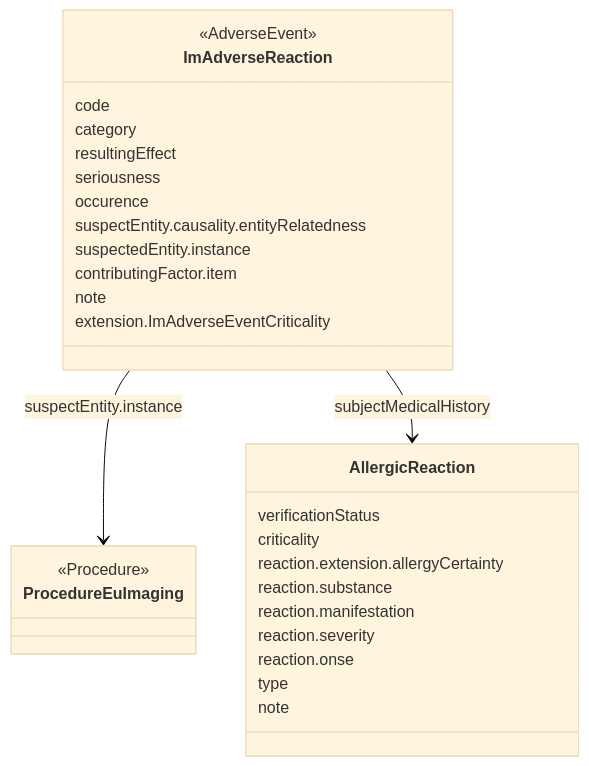
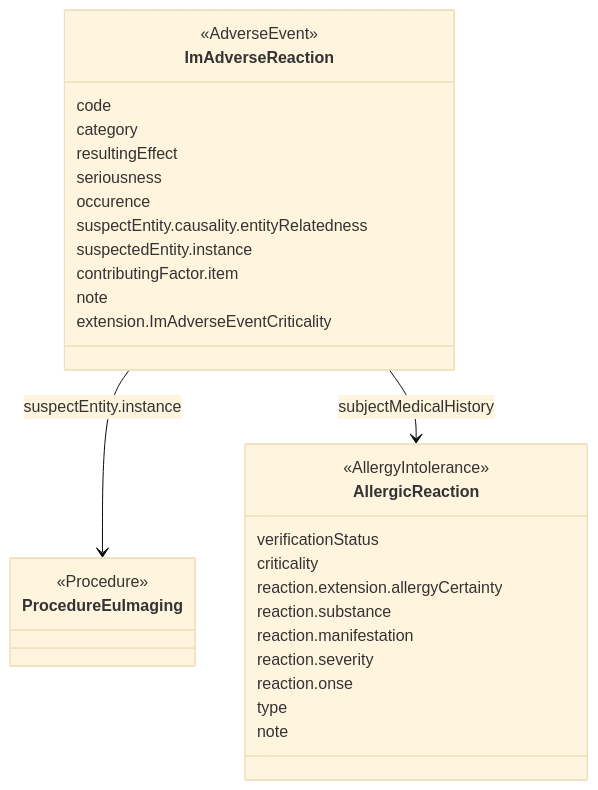
The diagram in input/pagecontent/design-consideration-procedure-adverse-reaction.md (oijauregui/ehdsimaging-r4), drawn with Mermaid (base theme) before and after one commit. The commit also changed 206 other files, not shown here.

````diff
--- a/input/pagecontent/design-consideration-procedure-adverse-reaction.md
+++ b/input/pagecontent/design-consideration-procedure-adverse-reaction.md
@@ -12,35 +12,36 @@
 ```mermaid
 classDiagram
   class ImAdverseReaction {
     <<AdverseEvent>>
     code
     category
     resultingEffect
     seriousness
     occurence
     suspectEntity.causality.entityRelatedness
     suspectedEntity.instance
     contributingFactor.item
     note
     extension.ImAdverseEventCriticality
   }
 
   class AllergicReaction{
+    <<AllergyIntolerance>>
     verificationStatus 
     criticality
     reaction.extension.allergyCertainty
     reaction.substance
     reaction.manifestation
     reaction.severity
     reaction.onse
     type
     note
   }
 
   class ProcedureEuImaging{
     <<Procedure>>
   }
 
   ImAdverseReaction --> ProcedureEuImaging: suspectEntity.instance
   ImAdverseReaction --> AllergicReaction: subjectMedicalHistory
 ```
````
